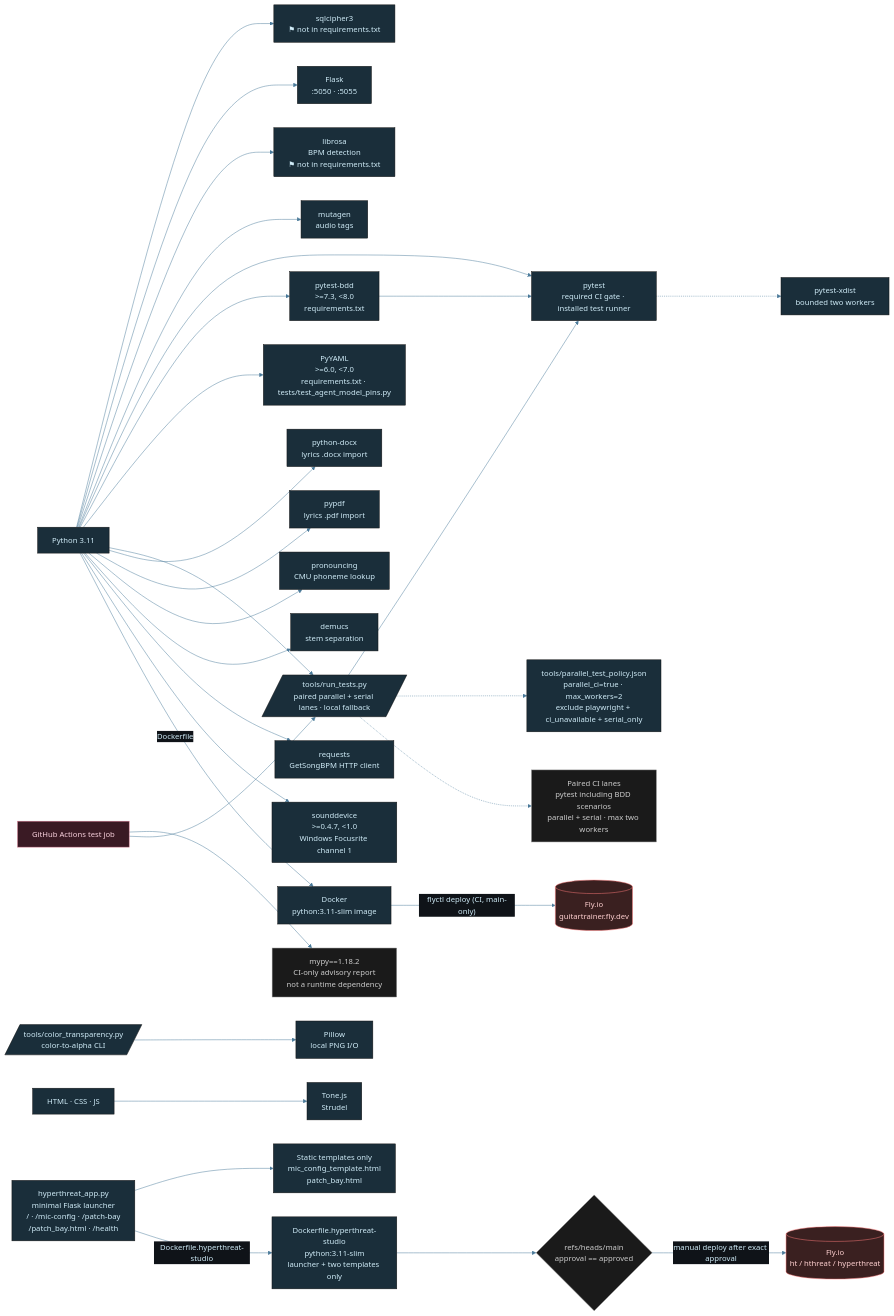
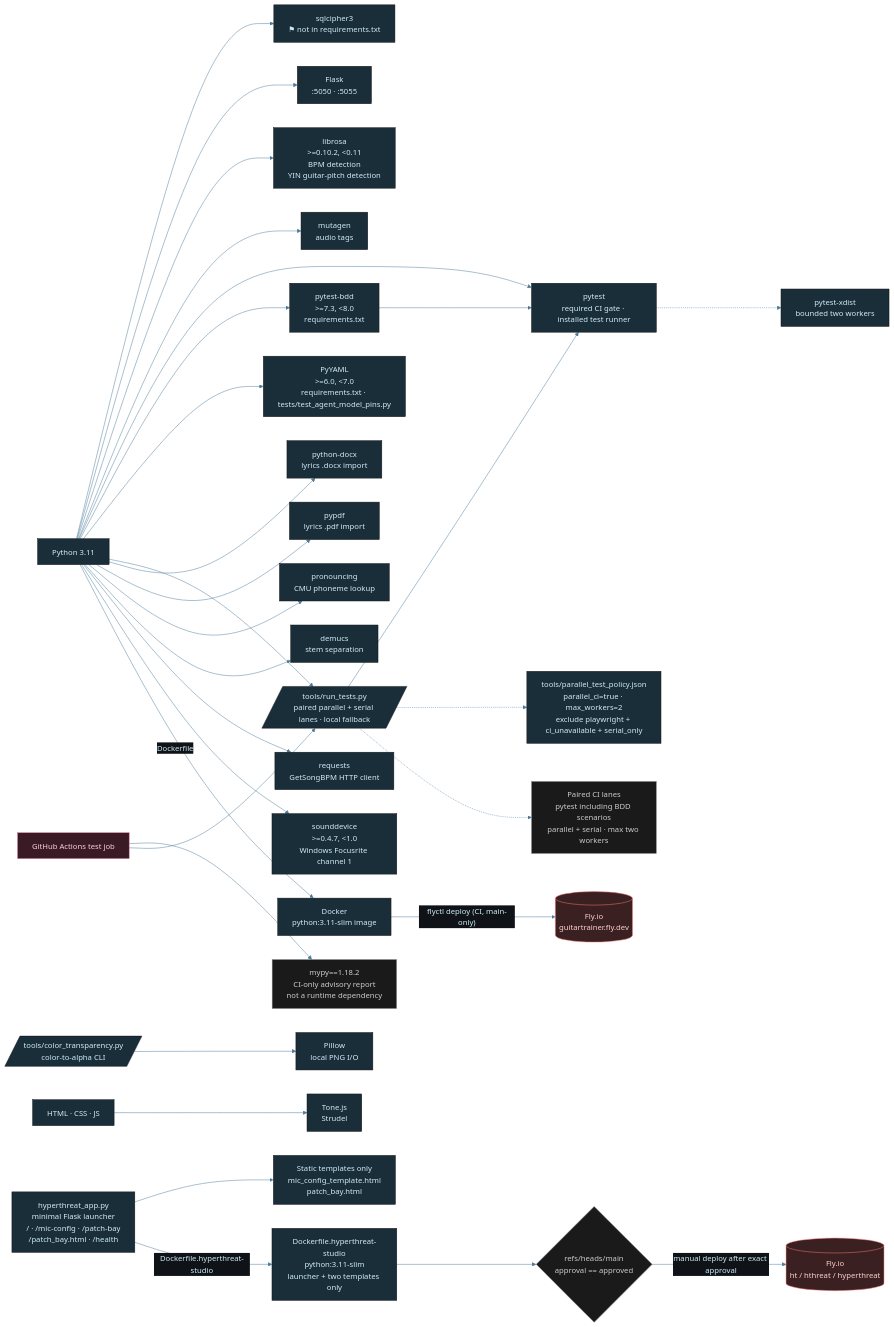
The diagram in diagrams/music-tech-stack.mmd (tylerdrakemusic/Music), drawn with Mermaid before and after one commit.

Commit message:
❤ music: correct librosa dependency and guitar-pitch usage

```diff
--- a/diagrams/music-tech-stack.mmd
+++ b/diagrams/music-tech-stack.mmd
@@ -1,55 +1,55 @@
 %%{init: {'theme': 'base', 'themeVariables': {'primaryColor': '#1a2e3a', 'primaryTextColor': '#d0ecf8', 'edgeLabelBackground': '#0f1318', 'lineColor': '#4a7a9a'}}}%%
 %% is_derived_view=true
 %% Traceability.parent: diagrams/music-architecture.mmd
 graph LR
     Python[Python 3.11] --> SQLCipher["sqlcipher3<br/>⚑ not in requirements.txt"]
     Python --> Flask[Flask<br/>:5050 · :5055]
-    Python --> Librosa["librosa<br/>BPM detection<br/>⚑ not in requirements.txt"]
+    Python --> Librosa["librosa<br/>&gt;=0.10.2, &lt;0.11<br/>BPM detection<br/>YIN guitar-pitch detection"]
     Python --> Mutagen[mutagen<br/>audio tags]
     Python --> Pytest["pytest<br/>required CI gate · installed test runner"]
     Python --> PytestBDD["pytest-bdd<br/>&gt;=7.3, &lt;8.0<br/>requirements.txt"]
     Python --> PyYAML["PyYAML<br/>&gt;=6.0, &lt;7.0<br/>requirements.txt · tests/test_agent_model_pins.py"]
     PytestBDD --> Pytest
     Python --> TestRunner[/tools/run_tests.py<br/>paired parallel + serial lanes · local fallback/]
     TestRunner --> Pytest
     TestRunner -.-> TestPolicy[tools/parallel_test_policy.json<br/>parallel_ci=true · max_workers=2<br/>exclude playwright + ci_unavailable + serial_only]
     Pytest -.-> Xdist[pytest-xdist<br/>bounded two workers]
     TestRunner -.-> ParallelEvidence[Paired CI lanes<br/>pytest including BDD scenarios<br/>parallel + serial · max two workers]
     CI[GitHub Actions test job] --> MypyAdvisory["mypy==1.18.2<br/>CI-only advisory report<br/>not a runtime dependency"]
     CI --> TestRunner
     Python --> PythonDocx[python-docx<br/>lyrics .docx import]
     Python --> Pypdf[pypdf<br/>lyrics .pdf import]
     Python --> Pronouncing[pronouncing<br/>CMU phoneme lookup]
     Python --> Demucs[demucs<br/>stem separation]
     Python --> Requests[requests<br/>GetSongBPM HTTP client]
     Python --> SoundDevice["sounddevice<br/>&gt;=0.4.7, &lt;1.0<br/>Windows Focusrite channel 1"]
     ColorTransparency[/tools/color_transparency.py<br>color-to-alpha CLI/] --> Pillow[Pillow<br>local PNG I/O]
     Web[HTML · CSS · JS] --> Tone[Tone.js<br/>Strudel]
     Python -->|Dockerfile| Docker[Docker<br/>python:3.11-slim image] -->|"flyctl deploy (CI, main-only)"| FlyIO[(Fly.io<br/>guitartrainer.fly.dev)]
     HyperthreatLauncher["hyperthreat_app.py<br/>minimal Flask launcher<br/>/ · /mic-config · /patch-bay<br/>/patch_bay.html · /health"]
     HyperthreatTemplates["Static templates only<br/>mic_config_template.html<br/>patch_bay.html"]
     HyperthreatDocker["Dockerfile.hyperthreat-studio<br/>python:3.11-slim<br/>launcher + two templates only"]
     HyperthreatGate{"refs/heads/main<br/>approval == approved"}
     HyperthreatFly[(Fly.io<br/>ht / hthreat / hyperthreat)]
     HyperthreatLauncher --> HyperthreatTemplates
     HyperthreatLauncher -->|"Dockerfile.hyperthreat-studio"| HyperthreatDocker
     HyperthreatDocker --> HyperthreatGate
     HyperthreatGate -->|"manual deploy after exact approval"| HyperthreatFly
     class Python,Web lang
     class CI music
     class SQLCipher,Flask,Librosa,Mutagen,Pytest,PytestBDD,PyYAML,TestRunner,TestPolicy,Xdist,Tone,PythonDocx,Pypdf,Pronouncing,Demucs,Requests,SoundDevice,ColorTransparency,Pillow lib
     class MypyAdvisory state
     class ParallelEvidence state
     class FlyIO,HyperthreatFly ext
     class HyperthreatLauncher,HyperthreatTemplates,HyperthreatDocker svc
     class HyperthreatGate state
 
 classDef life     fill:#1a2e3a,stroke:#6ab4d4,color:#d0ecf8
 classDef music    fill:#3a1a24,stroke:#d47a8f,color:#f8d0dc
 classDef quantum  fill:#251a3a,stroke:#a07adf,color:#e8d0f8
 classDef manifest fill:#3a2e1a,stroke:#d4a96a,color:#f8ead0
 classDef ws       fill:#1a3a30,stroke:#6ad4b4,color:#d0f8ee
 classDef tyler    fill:#2a1a3a,stroke:#9e4aff,color:#fff
 classDef ext      fill:#3a2020,stroke:#ff7a7a,color:#ffd0d0
 classDef db       fill:#3a3010,stroke:#d4c050,color:#f8f0c0
 classDef state    fill:#1a1a1a,stroke:#888888,color:#cccccc
```
